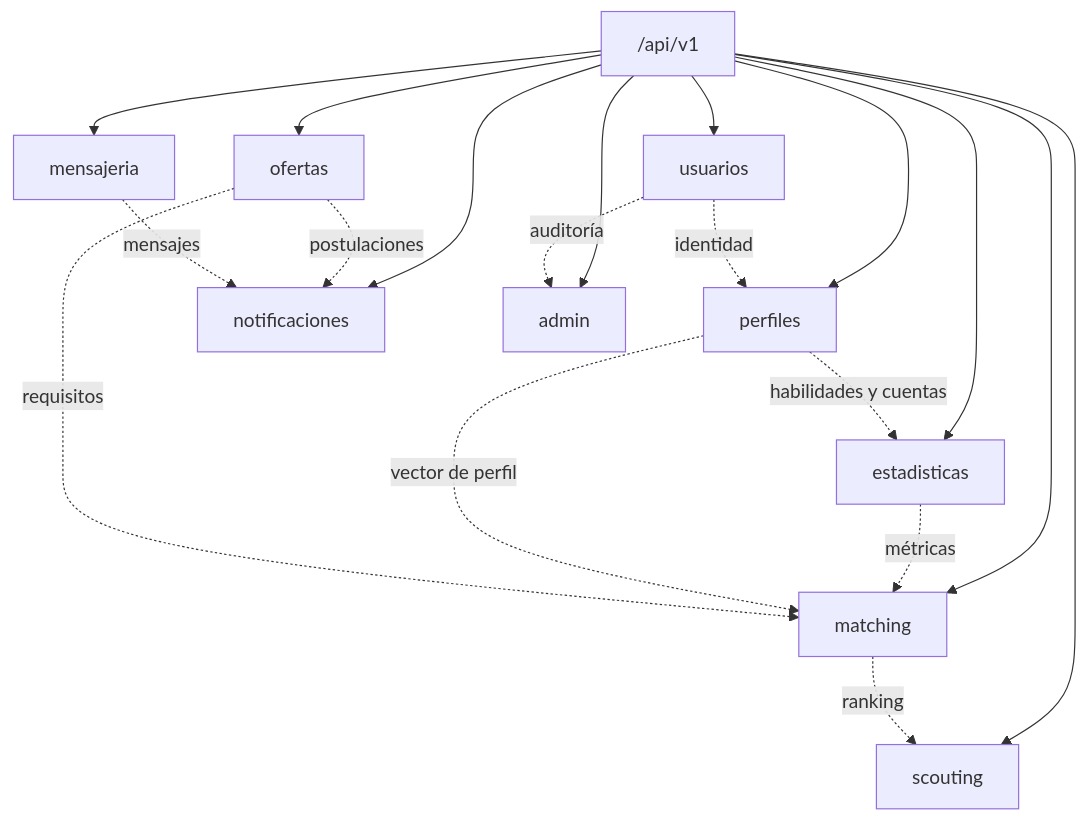
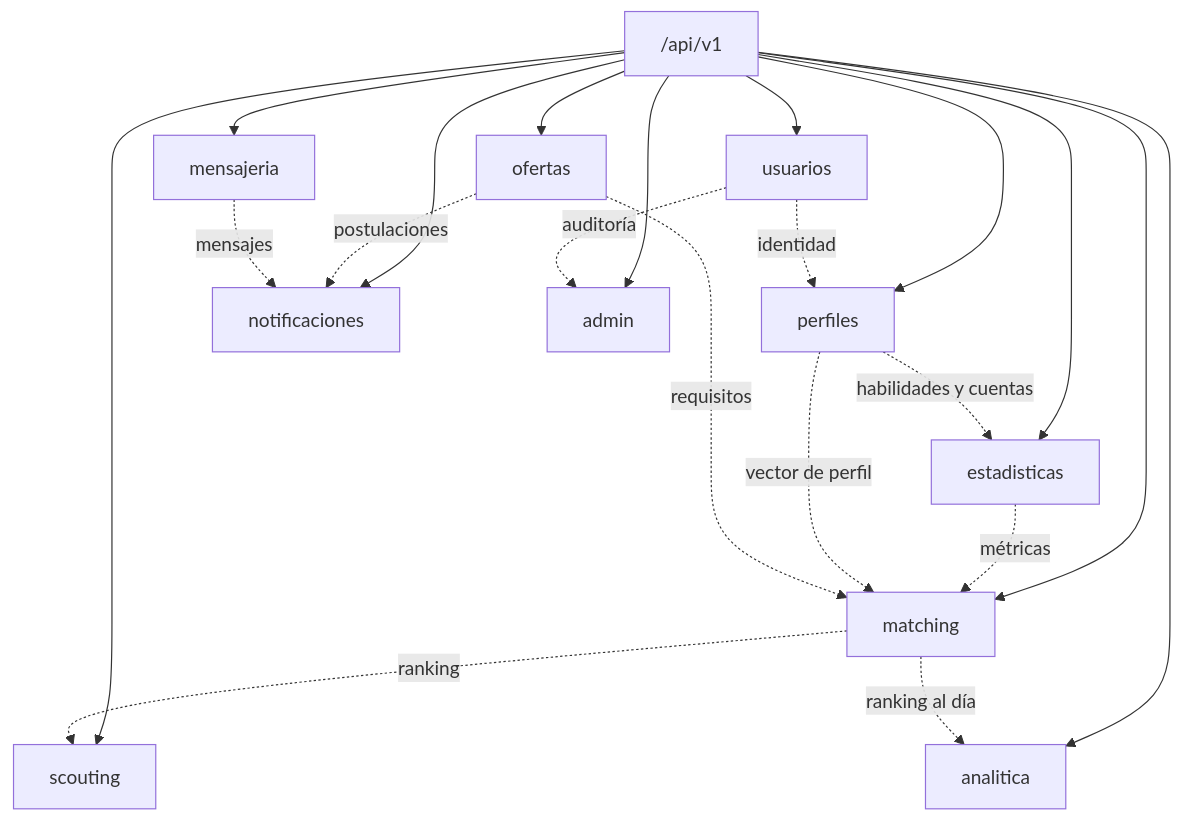
Before and after one commit to DavidFGP07/ProPlay: the third of 6 diagrams in docs/arquitectura.md, drawn with Mermaid. The commit also changed other lines of this file and 10 other files, not shown here.

````diff
--- a/docs/arquitectura.md
+++ b/docs/arquitectura.md
@@ -72,23 +72,25 @@
 ```mermaid
 flowchart TB
     API["/api/v1"]
     API --> U["usuarios"]
     API --> P["perfiles"]
     API --> E["estadisticas"]
     API --> SC["scouting"]
     API --> M["matching"]
     API --> O["ofertas"]
     API --> MS["mensajeria"]
     API --> N["notificaciones"]
     API --> AD["admin"]
+    API --> AN["analitica"]
 
     U -.->|identidad| P
     P -.->|habilidades y cuentas| E
     E -.->|métricas| M
     P -.->|vector de perfil| M
     O -.->|requisitos| M
     M -.->|ranking| SC
     O -.->|postulaciones| N
     MS -.->|mensajes| N
     U -.->|auditoría| AD
+    M -.->|ranking al día| AN
 ```
````
